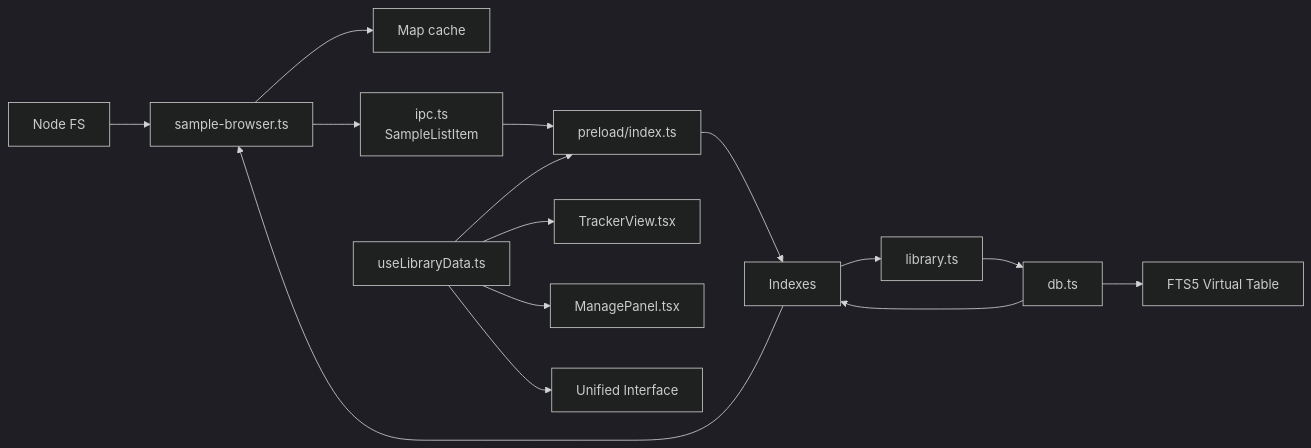
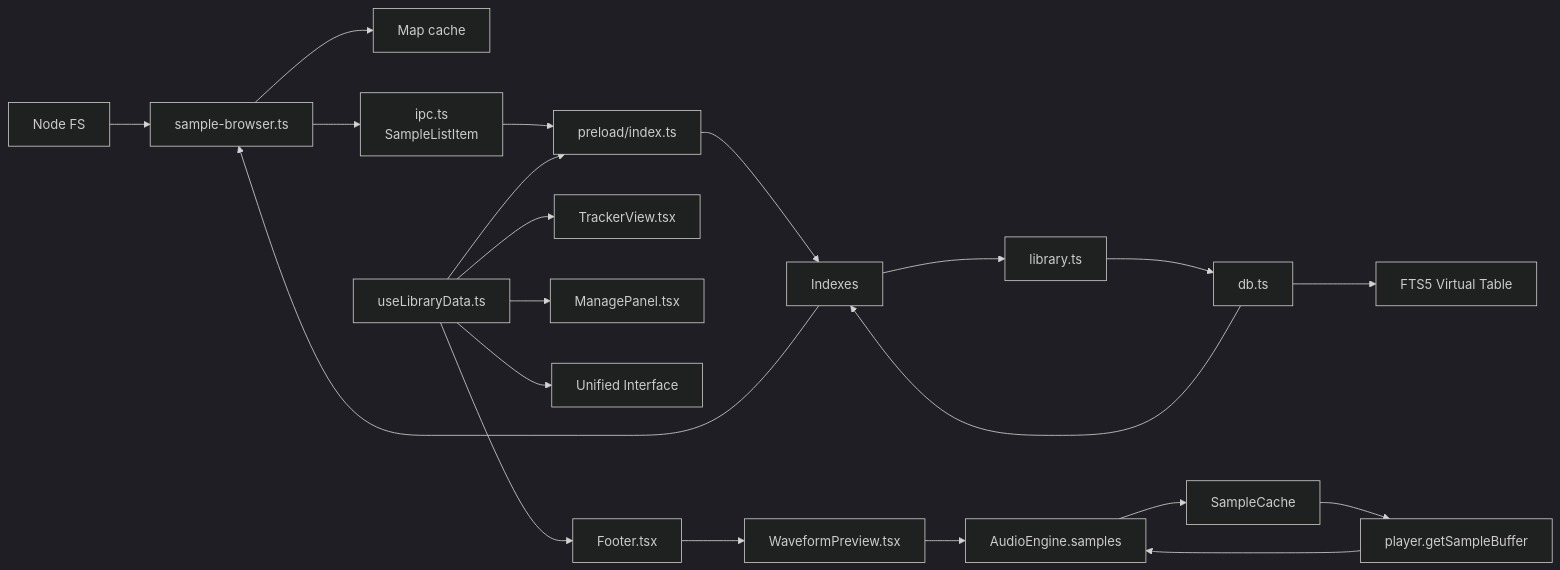
Before and after one commit to satyrlord/mixjam-electron: diagram 13 of 13 in .qoder/repowiki/en/content/Sample Browser.md, drawn with Mermaid (dark theme). The commit also changed other lines of this file and 37 other files, not shown here.

First line of the commit message:
feat(footer): add waveform preview for selected samples

````diff
--- a/.qoder/repowiki/en/content/Sample Browser.md
+++ b/.qoder/repowiki/en/content/Sample Browser.md
@@ -431,17 +563,23 @@
 ```mermaid
 graph LR
 FS["Node FS"] --> SB["sample-browser.ts"]
 SB --> Cache["Map cache"]
 SB --> IPC["ipc.ts<br/>SampleListItem"]
 IPC --> PZ["preload/index.ts"]
 PZ --> IDX["src/main/index.ts"]
 IDX --> SB
 IDX --> LIB["library.ts"]
 LIB --> DB["db.ts"]
 DB --> FTS["FTS5 Virtual Table"]
 DB --> IDX["Indexes"]
 UI["useLibraryData.ts"] --> PZ
 UI --> TV["TrackerView.tsx"]
 UI --> MP["ManagePanel.tsx"]
 UI --> SampleListItem["Unified Interface"]
+UI --> FOOTER["Footer.tsx"]
+FOOTER --> WAVE["WaveformPreview.tsx"]
+WAVE --> AE["AudioEngine.samples"]
+AE --> SC["SampleCache"]
+SC --> PC["player.getSampleBuffer"]
+PC --> AE
 ```
````
